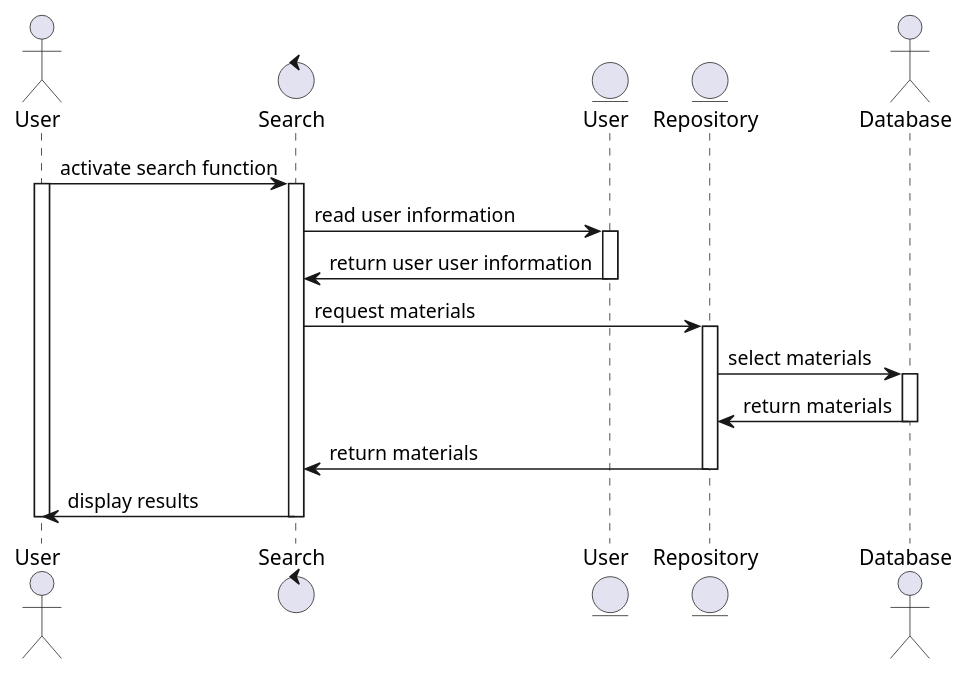
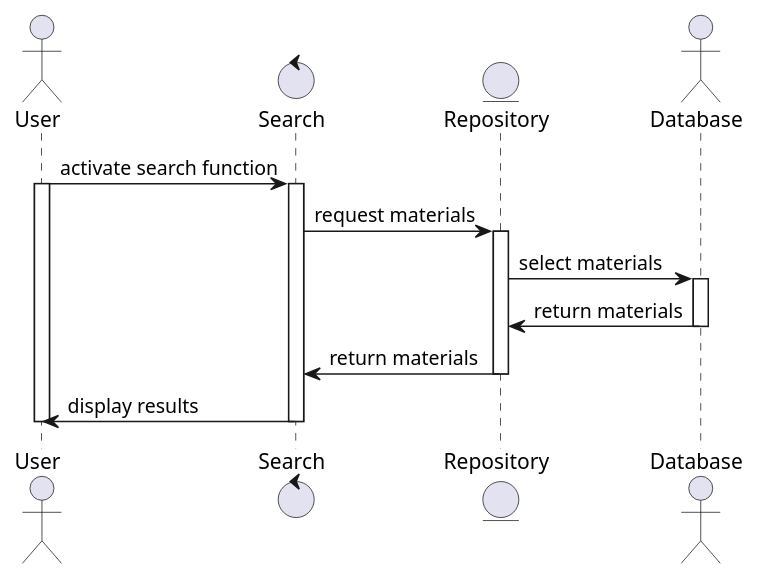
Before and after one commit to toffernator/blueberry: the diagram in docs/uml/search-sequence.puml, drawn with PlantUML. The commit also changed 2 other files, not shown here.

Commit message:
Update the sequence and usecase diagrams (#141)
* Update the sequence and usecase diagrams

* Remove guest from usecase diagram

* update text on sequence diagram

```diff
--- a/docs/uml/search-sequence.puml
+++ b/docs/uml/search-sequence.puml
@@ -1,35 +1,29 @@
 @startuml
 
 actor User as user
 control Search as search
-entity User as userInformation
 entity  Repository as repository
 actor Database as database
 
 user -> search : activate search function
 activate user
 
 activate search
-
-search -> userInformation : read user information
-activate userInformation
-userInformation -> search : return user user information
-deactivate userInformation
 
 
 search -> repository : request materials
 activate repository
 
 repository -> database : select materials
 activate database
 database -> repository : return materials
 deactivate database
 
 repository -> search : return materials
 deactivate repository
 
 search -> user : display results 
 deactivate search
 deactivate user
 
 @enduml
```
